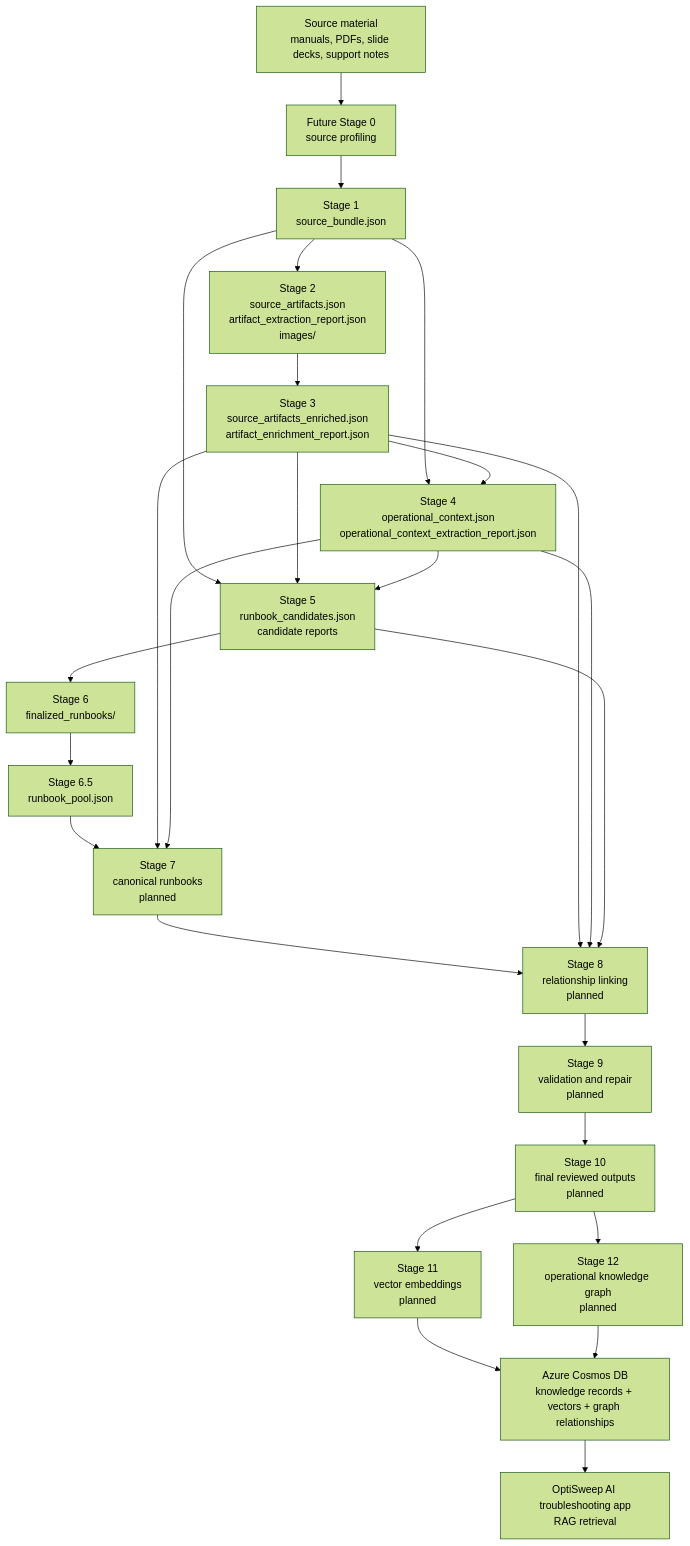
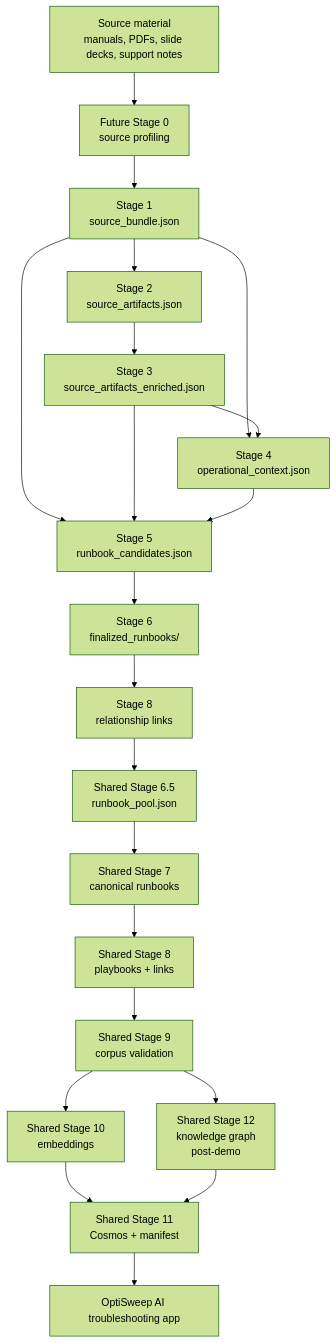
Before and after one commit to caiyawulf21/optisweepAI-ingestion: the diagram in operationalknowledgeingestion/README.md, drawn with Mermaid (forest theme). The commit also changed other lines of this file and 4820 other files, not shown here.

````diff
--- a/operationalknowledgeingestion/README.md
+++ b/operationalknowledgeingestion/README.md
@@ -49,28 +56,23 @@
 ```mermaid
 flowchart TD
     A["Source material<br/>manuals, PDFs, slide decks, support notes"] --> B["Future Stage 0<br/>source profiling"]
     B --> C["Stage 1<br/>source_bundle.json"]
-    C --> D["Stage 2<br/>source_artifacts.json<br/>artifact_extraction_report.json<br/>images/"]
-    D --> E["Stage 3<br/>source_artifacts_enriched.json<br/>artifact_enrichment_report.json"]
-    C --> F["Stage 4<br/>operational_context.json<br/>operational_context_extraction_report.json"]
+    C --> D["Stage 2<br/>source_artifacts.json"]
+    D --> E["Stage 3<br/>source_artifacts_enriched.json"]
+    C --> F["Stage 4<br/>operational_context.json"]
     E --> F
-    C --> G["Stage 5<br/>runbook_candidates.json<br/>candidate reports"]
+    C --> G["Stage 5<br/>runbook_candidates.json"]
     E --> G
     F --> G
     G --> H["Stage 6<br/>finalized_runbooks/"]
-    H --> I["Stage 6.5<br/>runbook_pool.json"]
-    I --> J["Stage 7<br/>canonical runbooks<br/>planned"]
-    E --> J
-    F --> J
-    J --> K["Stage 8<br/>relationship linking<br/>planned"]
-    E --> K
-    F --> K
-    G --> K
-    K --> L["Stage 9<br/>validation and repair<br/>planned"]
-    L --> M["Stage 10<br/>final reviewed outputs<br/>planned"]
-    M --> N["Stage 11<br/>vector embeddings<br/>planned"]
-    M --> O["Stage 12<br/>operational knowledge graph<br/>planned"]
-    N --> P["Azure Cosmos DB<br/>knowledge records + vectors + graph relationships"]
+    H --> H8["Stage 8<br/>relationship links"]
+    H8 --> I["Shared Stage 6.5<br/>runbook_pool.json"]
+    I --> J["Shared Stage 7<br/>canonical runbooks"]
+    J --> K["Shared Stage 8<br/>playbooks + links"]
+    K --> L["Shared Stage 9<br/>corpus validation"]
+    L --> N["Shared Stage 10<br/>embeddings"]
+    N --> P["Shared Stage 11<br/>Cosmos + manifest"]
+    L --> O["Shared Stage 12<br/>knowledge graph<br/>post-demo"]
     O --> P
-    P --> Q["OptiSweep AI troubleshooting app<br/>RAG retrieval"]
+    P --> Q["OptiSweep AI troubleshooting app"]
 ```
````
